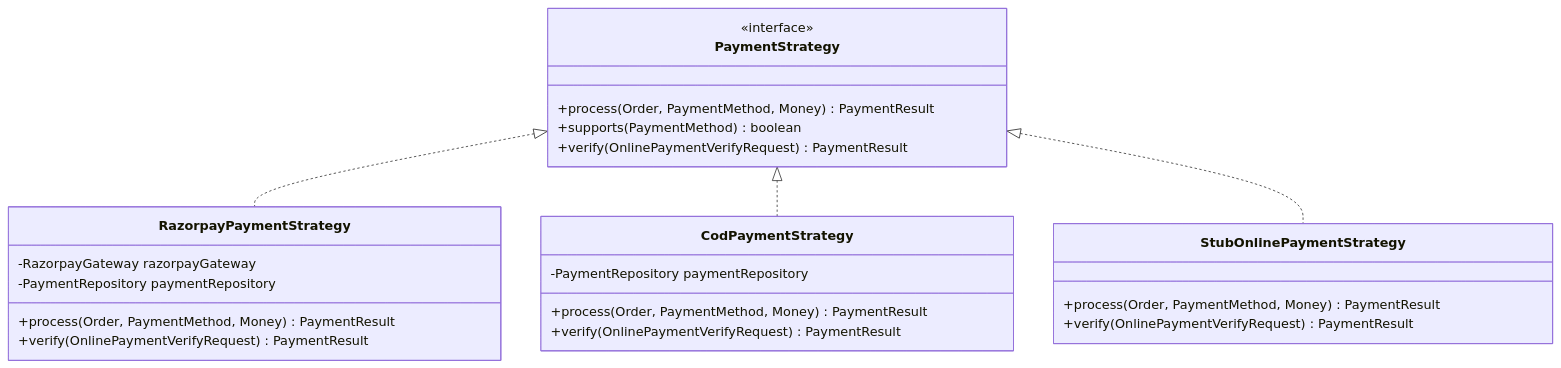
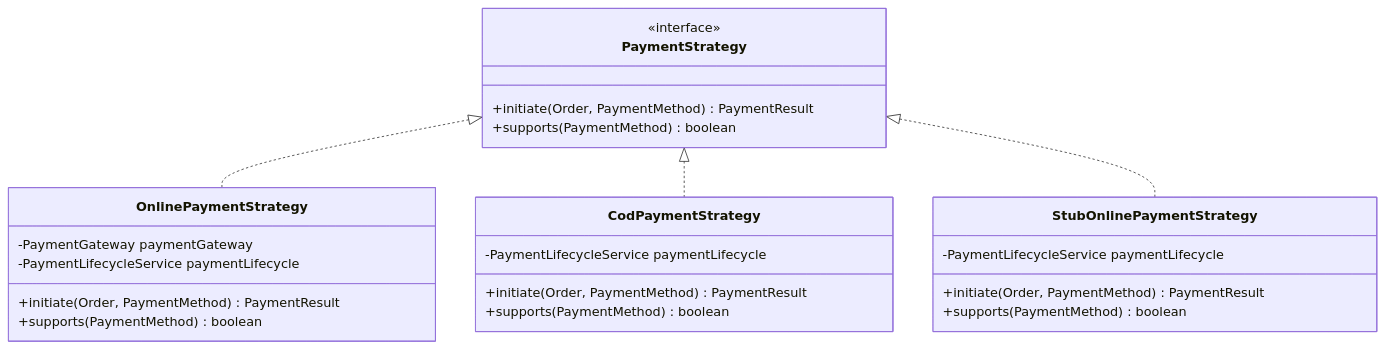
One commit to eshant52/quickbite-backend changed the first of 3 diagrams in docs/payments-and-reconciliation.md. Above: the diagram before and after it, drawn with Mermaid. The commit also changed other lines of this file and 8 other files, not shown here.

First line of the commit message:
docs: add order lifecycle guide and update architecture documentation

````diff
--- a/docs/payments-and-reconciliation.md
+++ b/docs/payments-and-reconciliation.md
@@ -11,31 +11,31 @@
 ```mermaid
 classDiagram
     class PaymentStrategy {
         <<interface>>
-        +process(Order, PaymentMethod, Money) PaymentResult
+        +initiate(Order, PaymentMethod) PaymentResult
         +supports(PaymentMethod) boolean
-        +verify(OnlinePaymentVerifyRequest) PaymentResult
     }
 
-    class RazorpayPaymentStrategy {
-        -RazorpayGateway razorpayGateway
-        -PaymentRepository paymentRepository
-        +process(Order, PaymentMethod, Money) PaymentResult
-        +verify(OnlinePaymentVerifyRequest) PaymentResult
+    class OnlinePaymentStrategy {
+        -PaymentGateway paymentGateway
+        -PaymentLifecycleService paymentLifecycle
+        +initiate(Order, PaymentMethod) PaymentResult
+        +supports(PaymentMethod) boolean
     }
 
     class CodPaymentStrategy {
-        -PaymentRepository paymentRepository
-        +process(Order, PaymentMethod, Money) PaymentResult
-        +verify(OnlinePaymentVerifyRequest) PaymentResult
+        -PaymentLifecycleService paymentLifecycle
+        +initiate(Order, PaymentMethod) PaymentResult
+        +supports(PaymentMethod) boolean
     }
 
     class StubOnlinePaymentStrategy {
-        +process(Order, PaymentMethod, Money) PaymentResult
-        +verify(OnlinePaymentVerifyRequest) PaymentResult
+        -PaymentLifecycleService paymentLifecycle
+        +initiate(Order, PaymentMethod) PaymentResult
+        +supports(PaymentMethod) boolean
     }
 
-    PaymentStrategy <|.. RazorpayPaymentStrategy
+    PaymentStrategy <|.. OnlinePaymentStrategy
     PaymentStrategy <|.. CodPaymentStrategy
     PaymentStrategy <|.. StubOnlinePaymentStrategy
 ```
````
